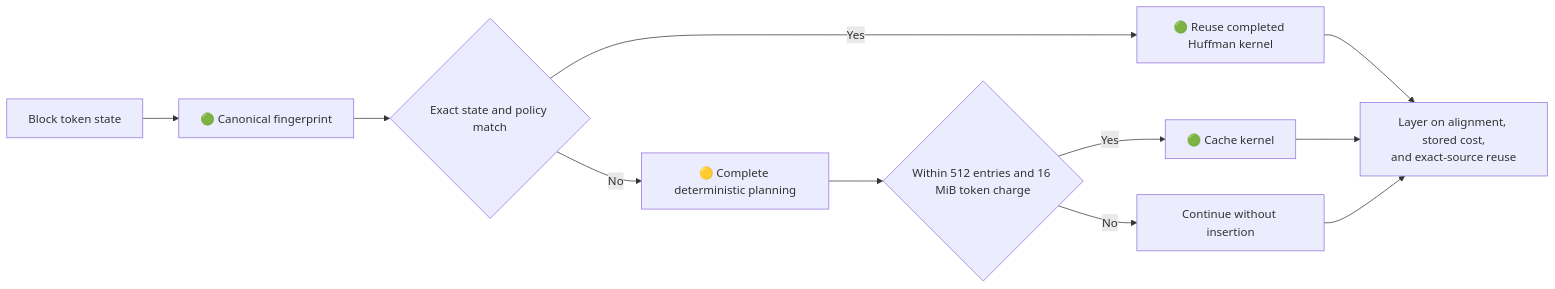
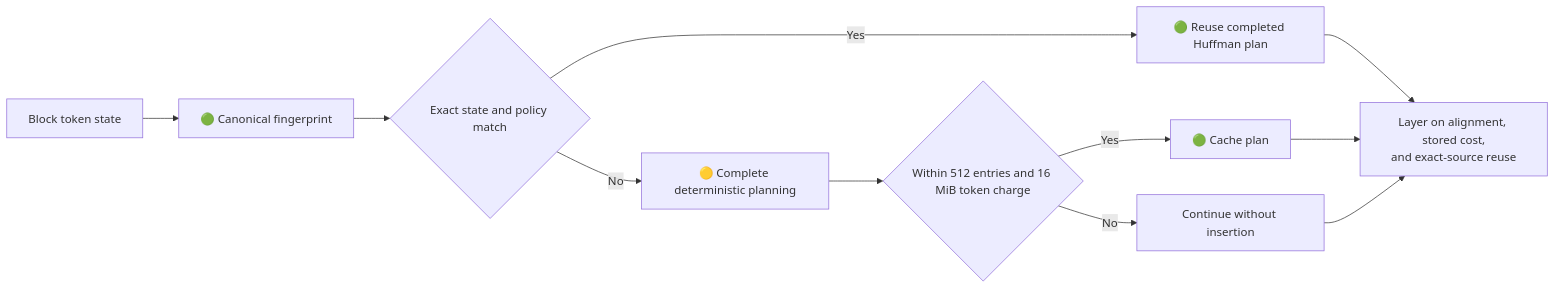
One commit to ace-dent/columbo changed the sixth of 6 diagrams in docs/routes-and-methods.md. Above: the diagram before and after it, drawn with Mermaid. The commit also changed other lines of this file and 114 other files, not shown here.

````diff
--- a/docs/routes-and-methods.md
+++ b/docs/routes-and-methods.md
@@ -722,13 +679,13 @@
 ```mermaid
 flowchart LR
     STATE["Block token state"] --> FP["🟢 Canonical fingerprint"]
     FP --> HIT{"Exact state and policy match"}
-    HIT -- "Yes" --> REUSE["🟢 Reuse completed Huffman kernel"]
+    HIT -- "Yes" --> REUSE["🟢 Reuse completed Huffman plan"]
     HIT -- "No" --> PLAN["🟡 Complete deterministic planning"]
     PLAN --> INSERT{"Within 512 entries and 16 MiB token charge"}
-    INSERT -- "Yes" --> STORE["🟢 Cache kernel"]
+    INSERT -- "Yes" --> STORE["🟢 Cache plan"]
     INSERT -- "No" --> SAFE["Continue without insertion"]
     REUSE --> ALIGN["Layer on alignment, stored cost,<br/>and exact-source reuse"]
     STORE --> ALIGN
     SAFE --> ALIGN
 ```
````
